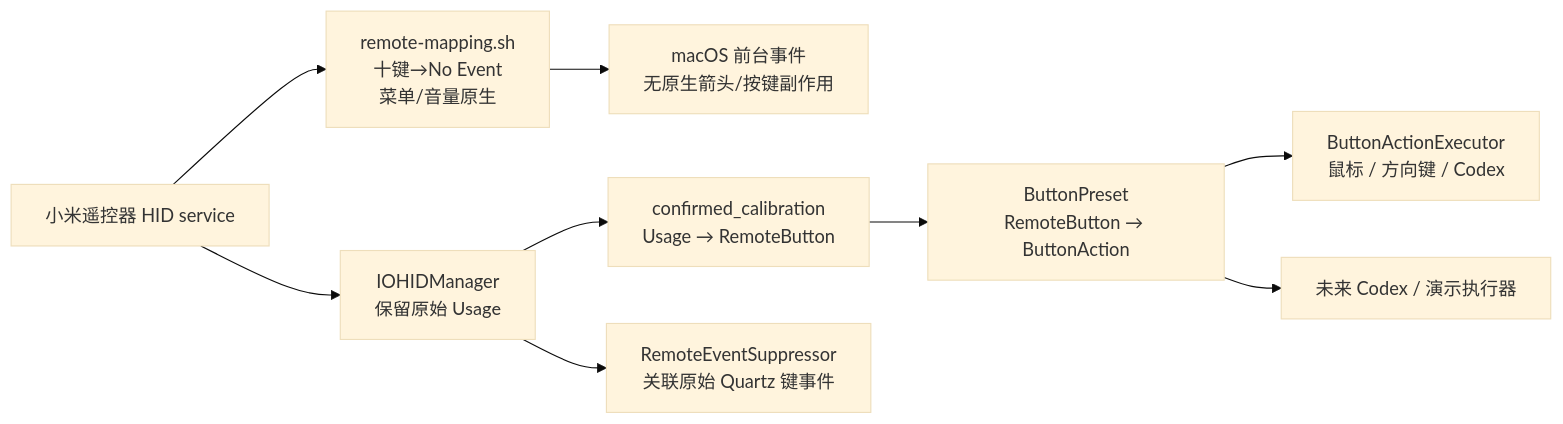
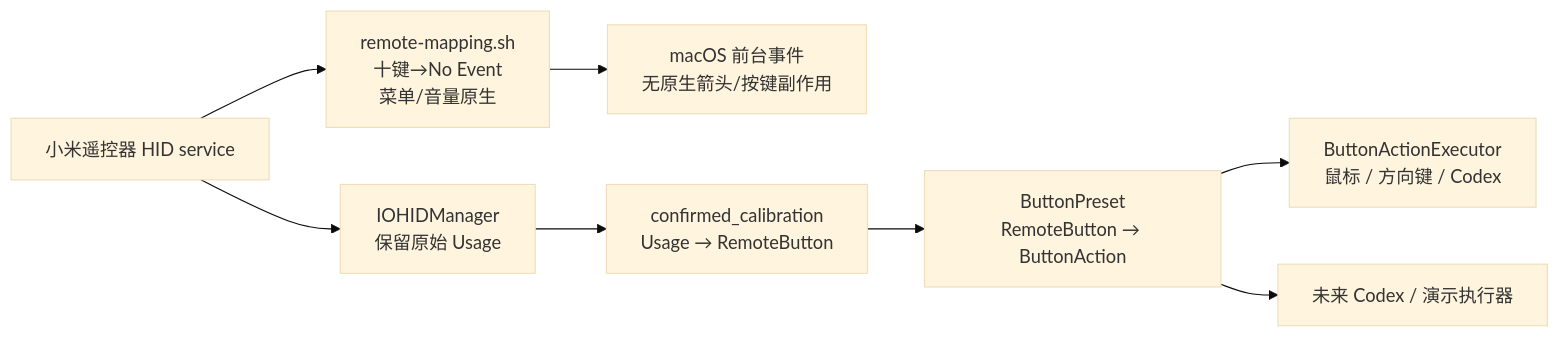
The diagram in docs/ARCHITECTURE.md (fanxeon/mi-ao), drawn with Mermaid (base theme) before and after one commit. The commit also changed other lines of this file and 16 other files, not shown here.

````diff
--- a/docs/ARCHITECTURE.md
+++ b/docs/ARCHITECTURE.md
@@ -19,11 +19,10 @@
 ```mermaid
 flowchart LR
     REMOTE["小米遥控器 HID service"] --> HID["IOHIDManager<br/>保留原始 Usage"]
     REMOTE --> NEUTRAL["remote-mapping.sh<br/>十键→No Event<br/>菜单/音量原生"]
     NEUTRAL --> MACOS["macOS 前台事件<br/>无原生箭头/按键副作用"]
     HID --> CAL["confirmed_calibration<br/>Usage → RemoteButton"]
     CAL --> PRESET["ButtonPreset<br/>RemoteButton → ButtonAction"]
     PRESET --> EXECUTOR["ButtonActionExecutor<br/>鼠标 / 方向键 / Codex"]
     PRESET --> FUTURE["未来 Codex / 演示执行器"]
-    HID --> SUPPRESS["RemoteEventSuppressor<br/>关联原始 Quartz 键事件"]
 ```
````
